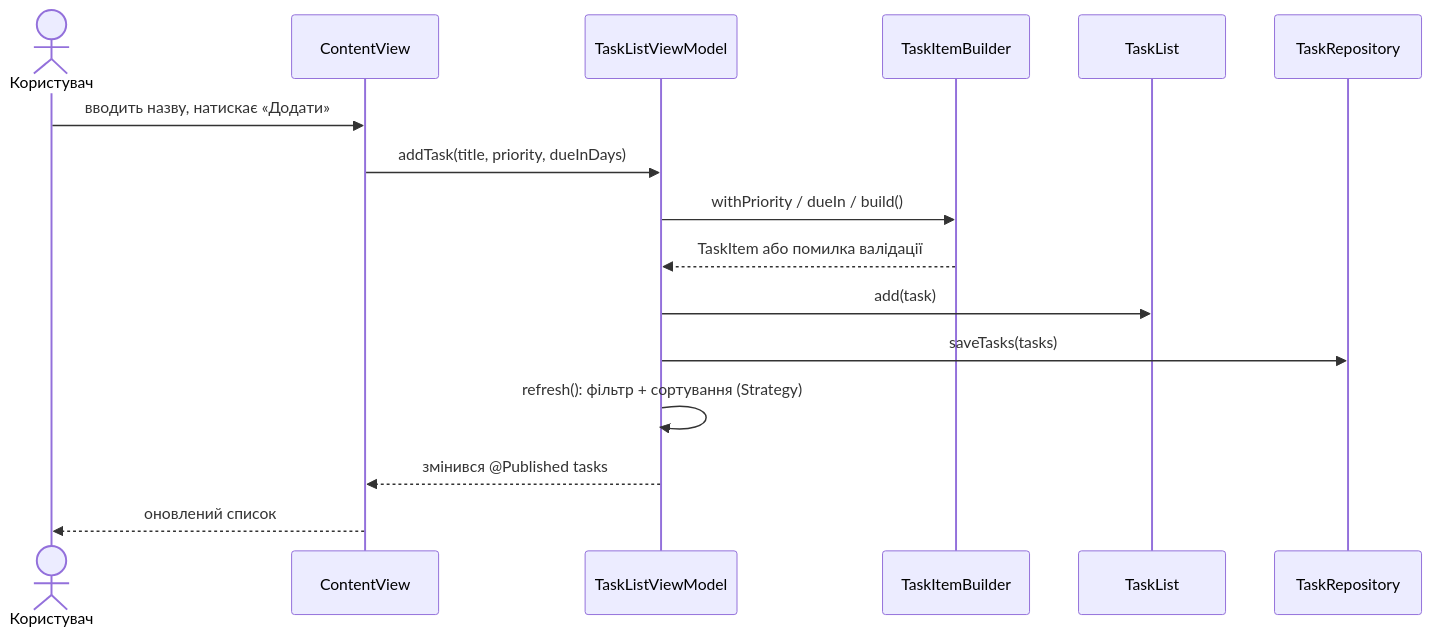
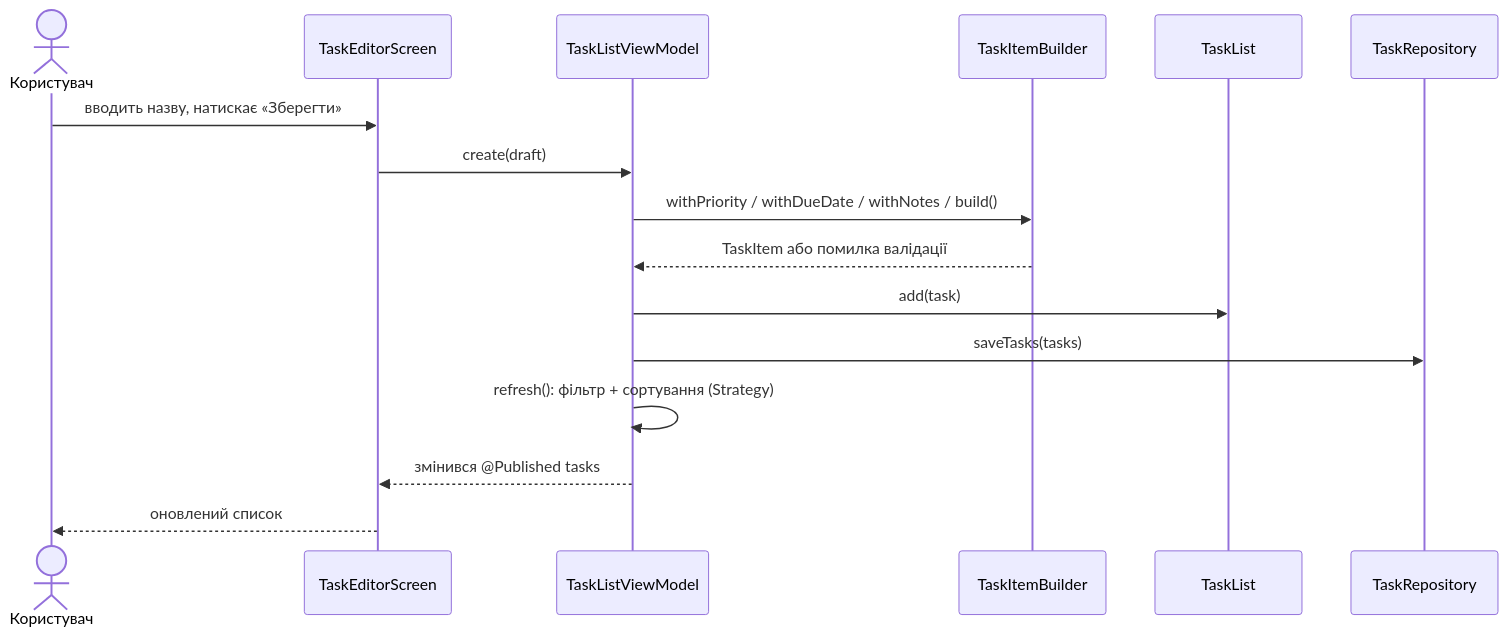
The second of 2 diagrams in docs/ARCHITECTURE.md (sofia-viazovska/TaskManagerIOS), drawn with Mermaid before and after one commit. The commit also changed other lines of this file and 12 other files, not shown here.

````diff
--- a/docs/ARCHITECTURE.md
+++ b/docs/ARCHITECTURE.md
@@ -92,19 +100,19 @@
 ```mermaid
 sequenceDiagram
     actor U as Користувач
-    participant V as ContentView
+    participant V as TaskEditorScreen
     participant VM as TaskListViewModel
     participant B as TaskItemBuilder
     participant TL as TaskList
     participant R as TaskRepository
 
-    U->>V: вводить назву, натискає «Додати»
-    V->>VM: addTask(title, priority, dueInDays)
-    VM->>B: withPriority / dueIn / build()
+    U->>V: вводить назву, натискає «Зберегти»
+    V->>VM: create(draft)
+    VM->>B: withPriority / withDueDate / withNotes / build()
     B-->>VM: TaskItem або помилка валідації
     VM->>TL: add(task)
     VM->>R: saveTasks(tasks)
     VM->>VM: refresh(): фільтр + сортування (Strategy)
     VM-->>V: змінився @Published tasks
     V-->>U: оновлений список
 ```
````
